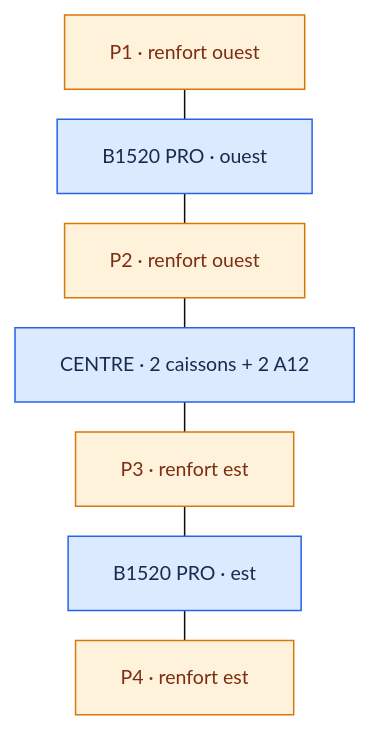
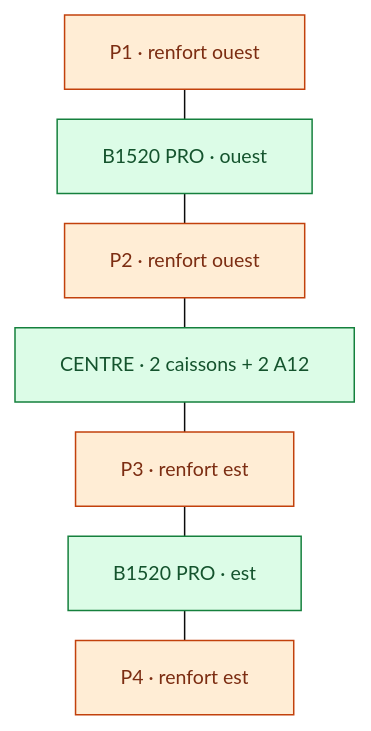
The fourth of 5 diagrams in README.md (HAZIT-FR/PGE-SONO), drawn with Mermaid before and after one commit. The commit also changed other lines of this file, not shown here.

Commit message:
docs: légender les diagrammes et visualiser le bilan et les options de renfort

```diff
--- a/README.md
+++ b/README.md
@@ -151,16 +166,16 @@
 ~~~mermaid
 %%{init: {"flowchart": {"nodeSpacing": 18, "rankSpacing": 20, "htmlLabels": false}, "theme": "base", "themeVariables": {"fontSize": "13px"}}}%%
 flowchart TB
   P1["P1 · renfort ouest"]
   O["B1520 PRO · ouest"]
   P2["P2 · renfort ouest"]
   C["CENTRE · 2 caissons + 2 A12"]
   P3["P3 · renfort est"]
   E["B1520 PRO · est"]
   P4["P4 · renfort est"]
   P1 --- O --- P2 --- C --- P3 --- E --- P4
-  classDef existing fill:#dbeafe,stroke:#2563eb,color:#172b4d;
-  classDef proposed fill:#fff2db,stroke:#d97706,color:#7c2d12;
+  classDef existing fill:#dcfce7,stroke:#15803d,color:#14532d;
+  classDef proposed fill:#ffedd5,stroke:#c2410c,color:#7c2d12;
   class O,C,E existing;
   class P1,P2,P3,P4 proposed;
 ~~~
```
